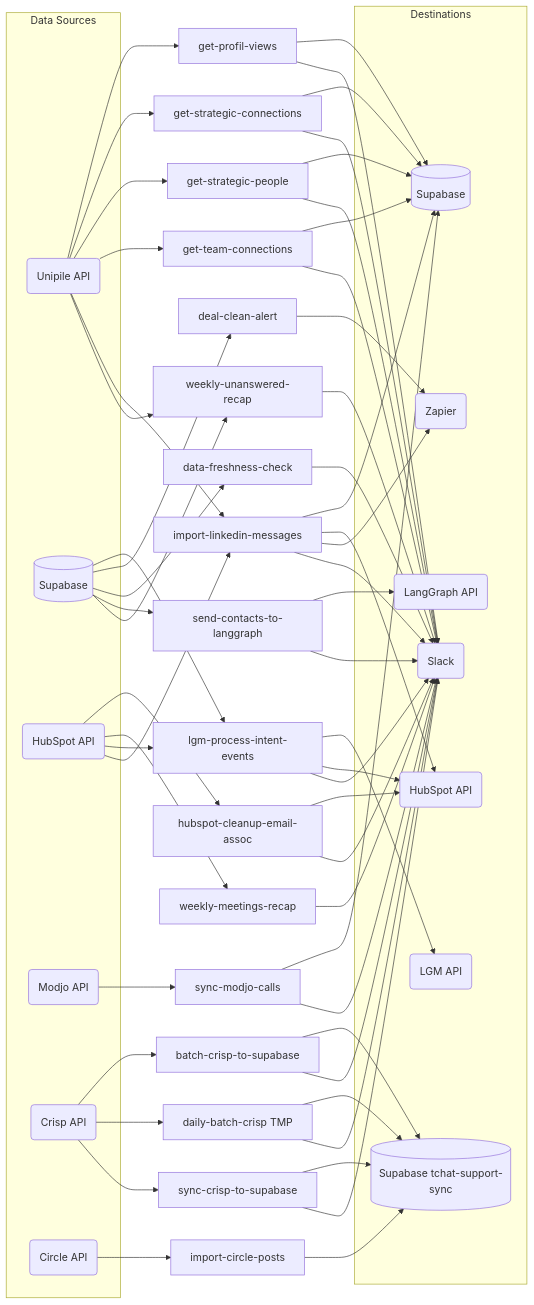
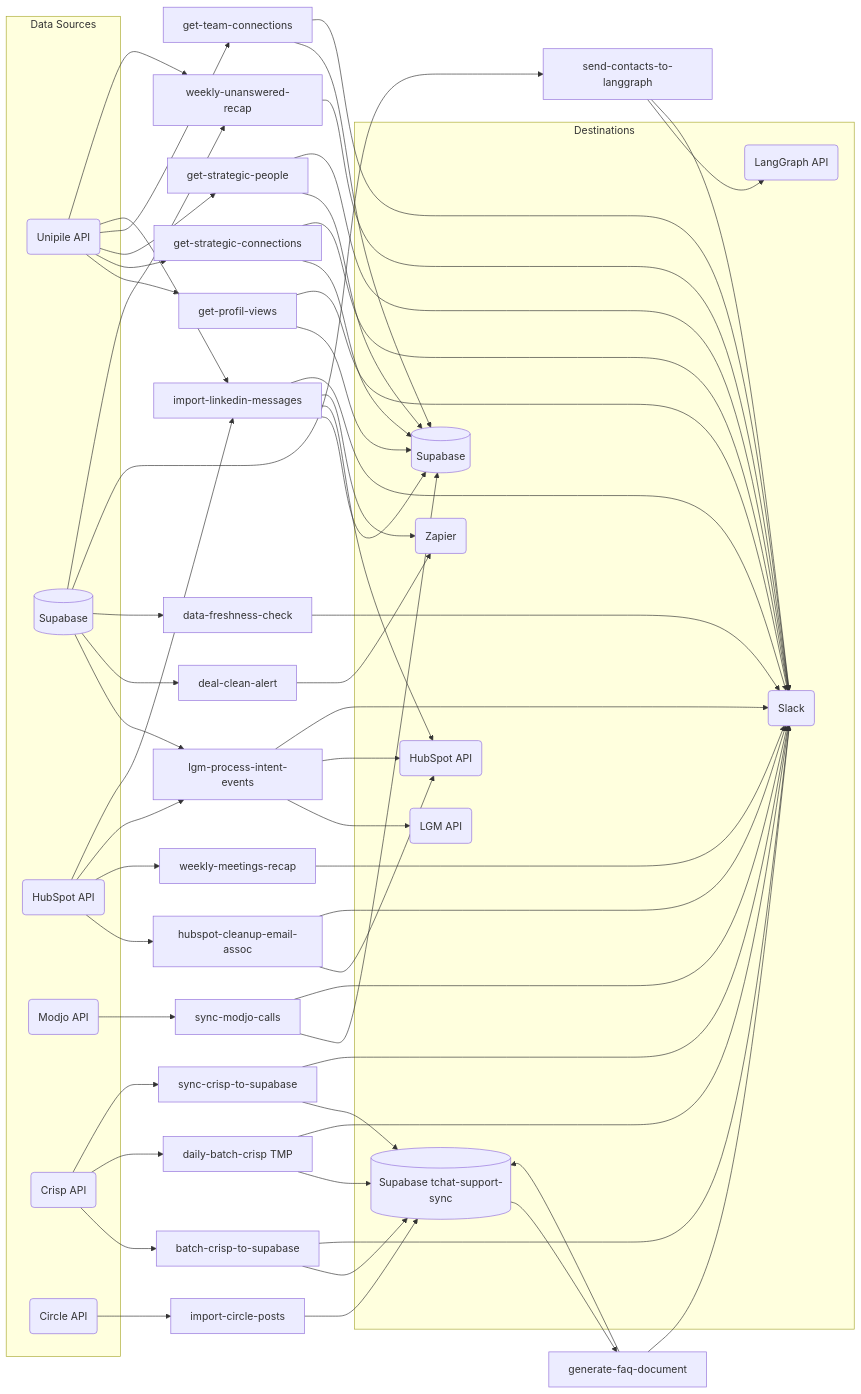
One commit to AirSaas/linkedin-scrapp changed the first of 20 diagrams in CLAUDE.md. Above: the diagram before and after it, drawn with Mermaid. The commit also changed other lines of this file and 2 other files, not shown here.

First line of the commit message:
Add generate-faq-document Trigger.dev task

````diff
--- a/CLAUDE.md
+++ b/CLAUDE.md
@@ -53,48 +54,50 @@
 ```mermaid
 flowchart LR
     subgraph src ["Data Sources"]
         UN(Unipile API)
         SB[(Supabase)]
         HS_I(HubSpot API)
         MJ(Modjo API)
         CR(Crisp API)
         CI(Circle API)
     end
 
     subgraph dst ["Destinations"]
         LGM_O(LGM API)
         HS_O(HubSpot API)
         SB_O[(Supabase)]
         SB_CR[(Supabase tchat-support-sync)]
         SL(Slack)
         ZP(Zapier)
         LG(LangGraph API)
     end
 
     UN --> GPV[get-profil-views] & GSC[get-strategic-connections] & GSP[get-strategic-people] & GTC[get-team-connections] & ILM[import-linkedin-messages]
     SB --> LPI[lgm-process-intent-events] & DCA[deal-clean-alert] & DFC[data-freshness-check] & SCL[send-contacts-to-langgraph]
     HS_I --> HCE[hubspot-cleanup-email-assoc] & WMR[weekly-meetings-recap] & LPI & ILM
     MJ --> SMC[sync-modjo-calls]
     CR --> BCS[batch-crisp-to-supabase] & DBCS[daily-batch-crisp TMP] & SCS[sync-crisp-to-supabase]
     SB --> WUR[weekly-unanswered-recap]
     UN --> WUR
 
     GPV --> SB_O & SL
     GSC --> SB_O & SL
     GSP --> SB_O & SL
     GTC --> SB_O & SL
     LPI --> LGM_O & HS_O & SL
     HCE --> HS_O & SL
     ILM --> SB_O & HS_O & ZP & SL
     WMR --> SL
     DCA --> ZP
     DFC --> SL
     SMC --> SB_O & SL
     SCL --> LG & SL
     BCS --> SB_CR & SL
     DBCS --> SB_CR & SL
     SCS --> SB_CR & SL
     CI --> ICP[import-circle-posts]
     ICP --> SB_CR
+    SB_CR --> GFD[generate-faq-document]
+    GFD --> SB_CR & SL
     WUR --> SL
 ```
````
